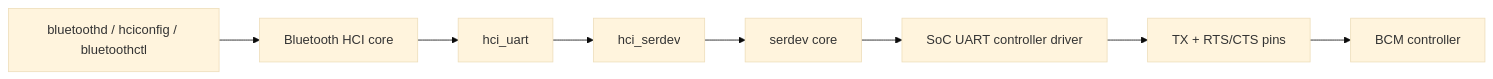
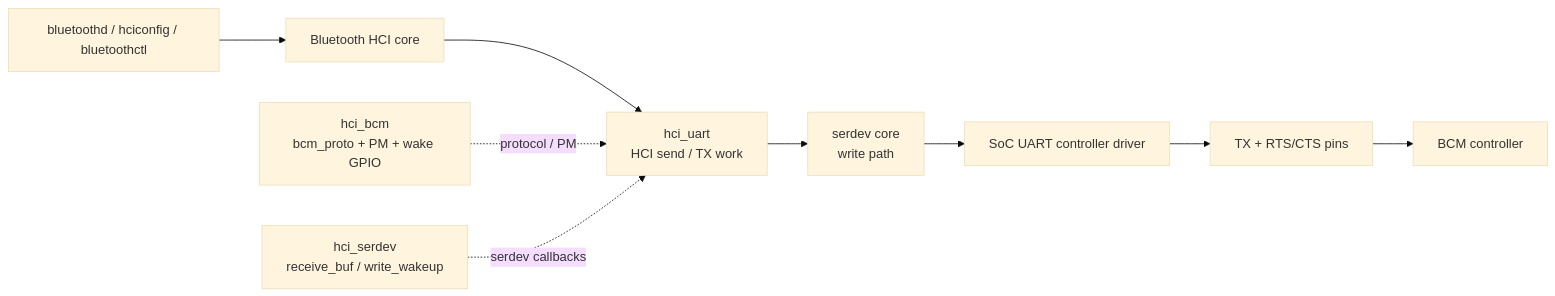
The second of 12 diagrams in 07_bcm_bluetooth_deep_suspend_resume.md (ArseneWg/dw-mmc-deep-dive), drawn with Mermaid (base theme) before and after one commit. The commit also changed other lines of this file, not shown here.

Commit message:
docs: correct BCM suspend resume code audit

````diff
--- a/07_bcm_bluetooth_deep_suspend_resume.md
+++ b/07_bcm_bluetooth_deep_suspend_resume.md
@@ -306,10 +309,11 @@
 ```mermaid
 flowchart LR
     U[bluetoothd / hciconfig / bluetoothctl] --> C[Bluetooth HCI core]
-    C --> H[hci_uart]
-    H --> S[hci_serdev]
-    S --> SC[serdev core]
+    C --> H[hci_uart<br/>HCI send / TX work]
+    H --> SC[serdev core<br/>write path]
     SC --> D[SoC UART controller driver]
     D --> P[TX + RTS/CTS pins]
     P --> B[BCM controller]
+    HB[hci_bcm<br/>bcm_proto + PM + wake GPIO] -. protocol / PM .-> H
+    HS[hci_serdev<br/>receive_buf / write_wakeup] -. serdev callbacks .-> H
 ```
````
